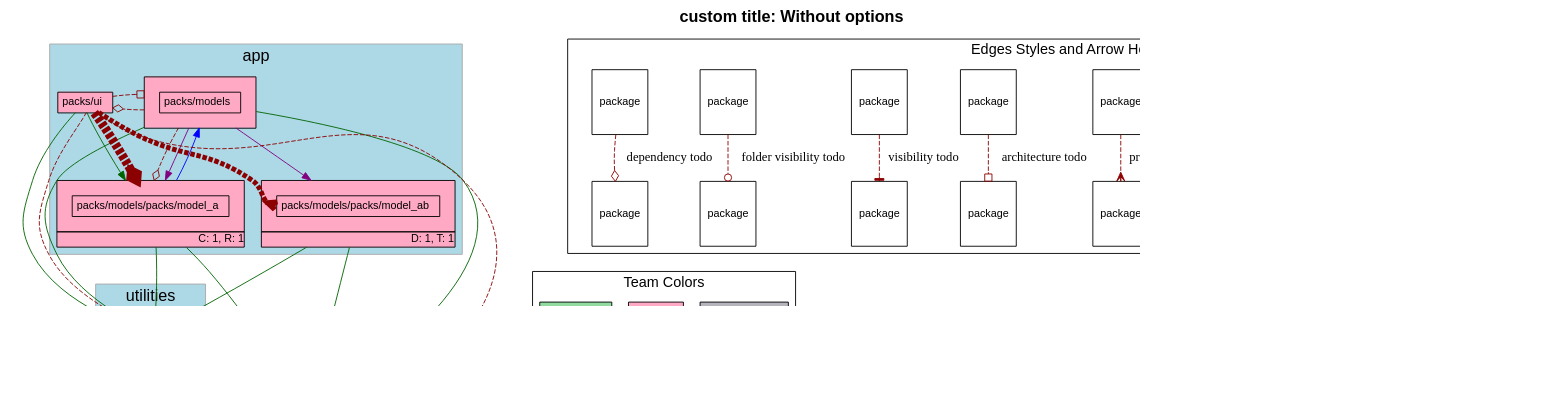
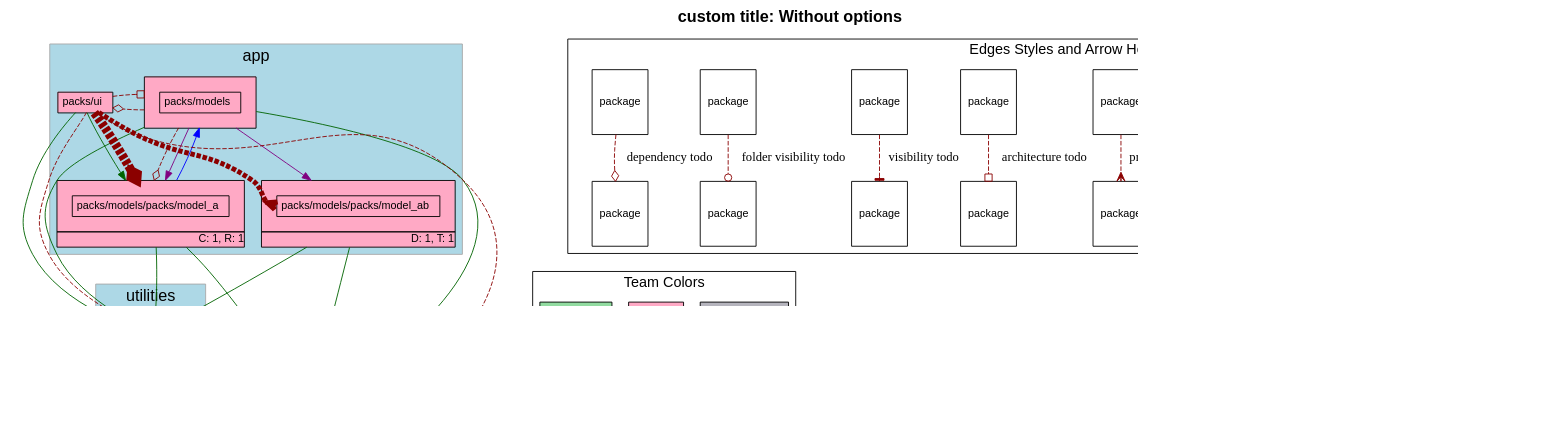
The diagram in spec/sample_app1/test_output/plain.dot (rubyatscale/visualize_packs), drawn with Graphviz before and after one commit. The commit also changed 8 other files, not shown here.

```diff
--- a/spec/sample_app1/test_output/plain.dot
+++ b/spec/sample_app1/test_output/plain.dot
@@ -193,7 +193,7 @@
       M -> N [label="nested package" color=purple]
       O [ fontsize=12 shape=box label="package"]
       P [ fontsize=12 shape=box label="package"]
-      O -> P [label="visibile to" color=blue]
+      O -> P [label="visible to" color=blue]
       C [ fontsize=12 shape=box label="package"]
       D [ fontsize=12 shape=box label="package"]
       C -> D [label="privacy todo" color=darkred style=dashed arrowhead=crow]
```
